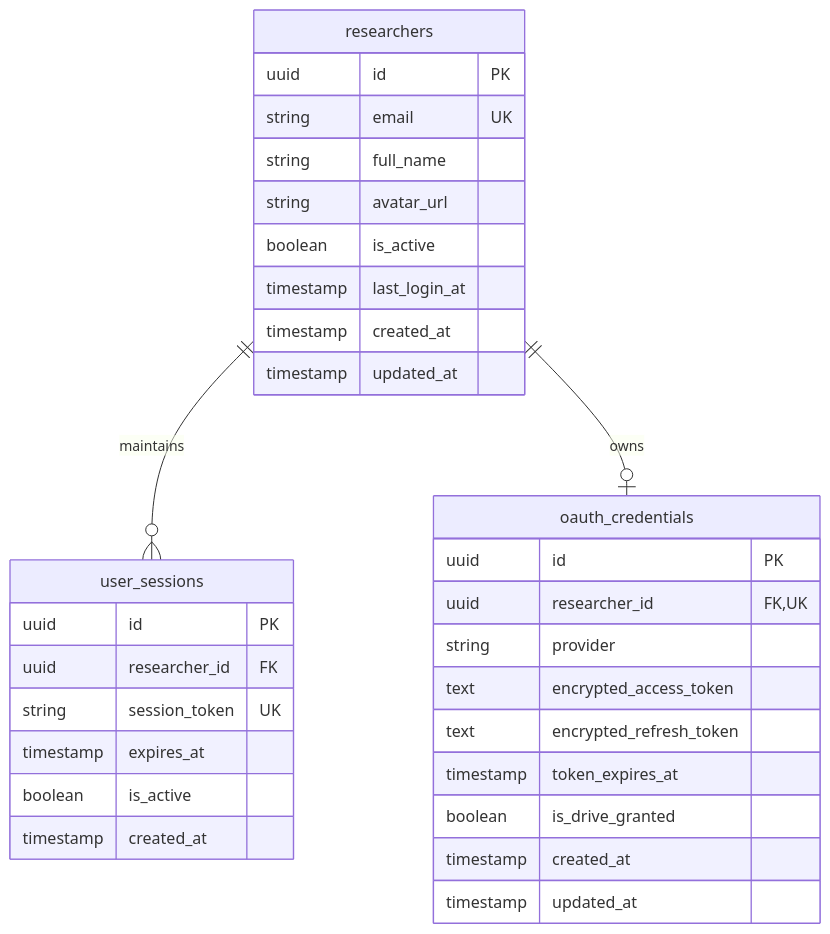
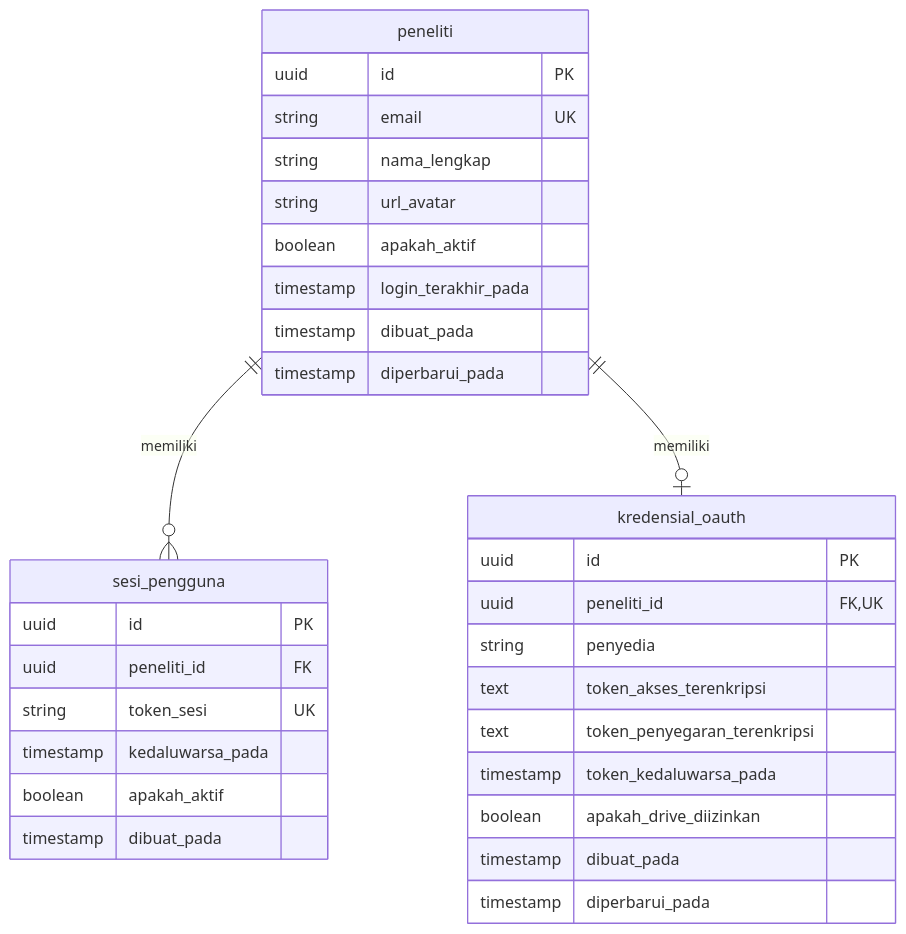
One commit to Gzaa19/Telaah changed the diagram in specs/001-google-oauth-login/data-model.md. Above: the diagram before and after it, drawn with Mermaid. The commit also changed other lines of this file and 15 other files, not shown here.

````diff
--- a/specs/001-google-oauth-login/data-model.md
+++ b/specs/001-google-oauth-login/data-model.md
@@ -11,37 +11,37 @@
 ```mermaid
 erDiagram
-    researchers ||--o{ user_sessions : "maintains"
-    researchers ||--o| oauth_credentials : "owns"
+    peneliti ||--o{ sesi_pengguna : "memiliki"
+    peneliti ||--o| kredensial_oauth : "memiliki"
 
-    researchers {
+    peneliti {
         uuid id PK
         string email UK
-        string full_name
-        string avatar_url
-        boolean is_active
-        timestamp last_login_at
-        timestamp created_at
-        timestamp updated_at
+        string nama_lengkap
+        string url_avatar
+        boolean apakah_aktif
+        timestamp login_terakhir_pada
+        timestamp dibuat_pada
+        timestamp diperbarui_pada
     }
 
-    user_sessions {
+    sesi_pengguna {
         uuid id PK
-        uuid researcher_id FK
-        string session_token UK
-        timestamp expires_at
-        boolean is_active
-        timestamp created_at
+        uuid peneliti_id FK
+        string token_sesi UK
+        timestamp kedaluwarsa_pada
+        boolean apakah_aktif
+        timestamp dibuat_pada
     }
 
-    oauth_credentials {
+    kredensial_oauth {
         uuid id PK
-        uuid researcher_id FK, UK
-        string provider
-        text encrypted_access_token
-        text encrypted_refresh_token
-        timestamp token_expires_at
-        boolean is_drive_granted
-        timestamp created_at
-        timestamp updated_at
+        uuid peneliti_id FK, UK
+        string penyedia
+        text token_akses_terenkripsi
+        text token_penyegaran_terenkripsi
+        timestamp token_kedaluwarsa_pada
+        boolean apakah_drive_diizinkan
+        timestamp dibuat_pada
+        timestamp diperbarui_pada
     }
 ```
````
